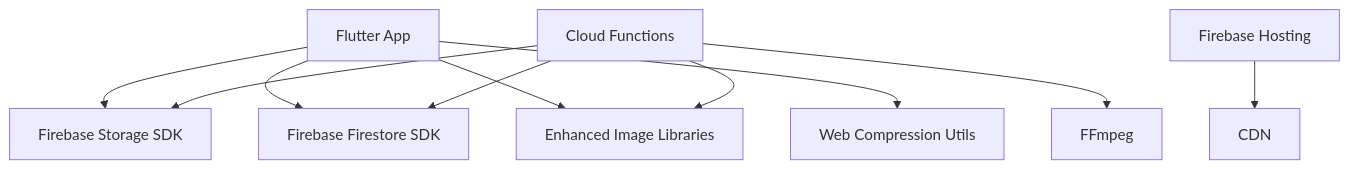
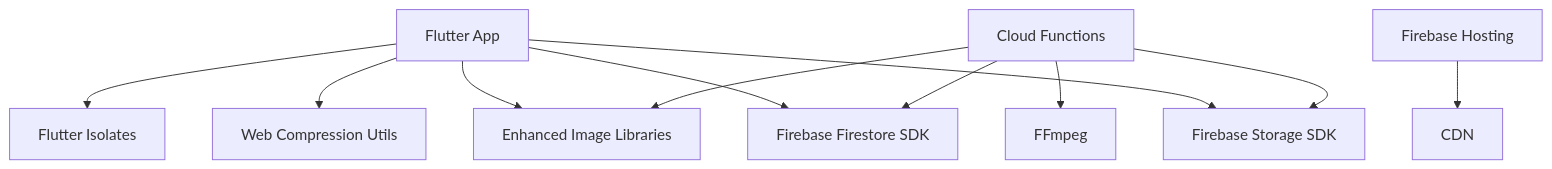
Diagram 16 of 16 in .qoder/repowiki/en/content/Media Management/Media Management.md (raihom-netizen/com.gestaoyahwehios.app), drawn with Mermaid before and after one commit. The commit also changed other lines of this file and 161 other files, not shown here.

````diff
--- a/.qoder/repowiki/en/content/Media Management/Media Management.md
+++ b/.qoder/repowiki/en/content/Media Management/Media Management.md
@@ -457,12 +515,13 @@
 ```mermaid
 graph TB
 App["Flutter App"] --> StorageSDK["Firebase Storage SDK"]
 App --> FirestoreSDK["Firebase Firestore SDK"]
 App --> ImageLib["Enhanced Image Libraries"]
 App --> WebComp["Web Compression Utils"]
+App --> Isolates["Flutter Isolates"]
 Functions["Cloud Functions"] --> StorageSDK
 Functions --> FirestoreSDK
 Functions --> FFmpeg["FFmpeg"]
 Functions --> ImageLib
 Hosting["Firebase Hosting"] --> CDN["CDN"]
 ```
````
